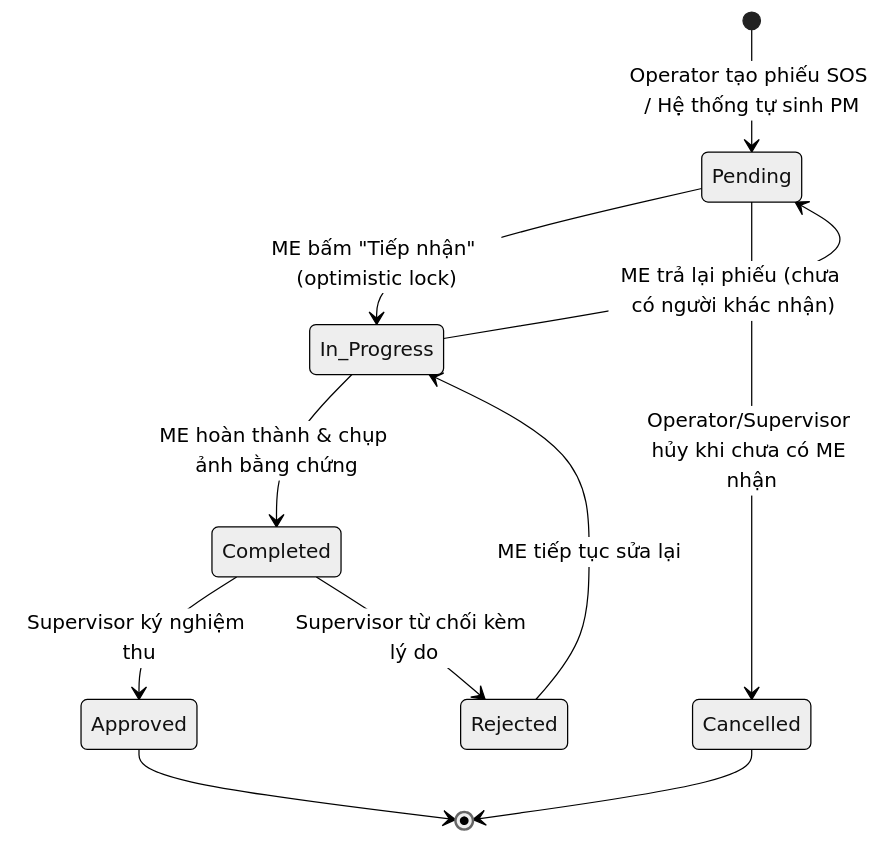
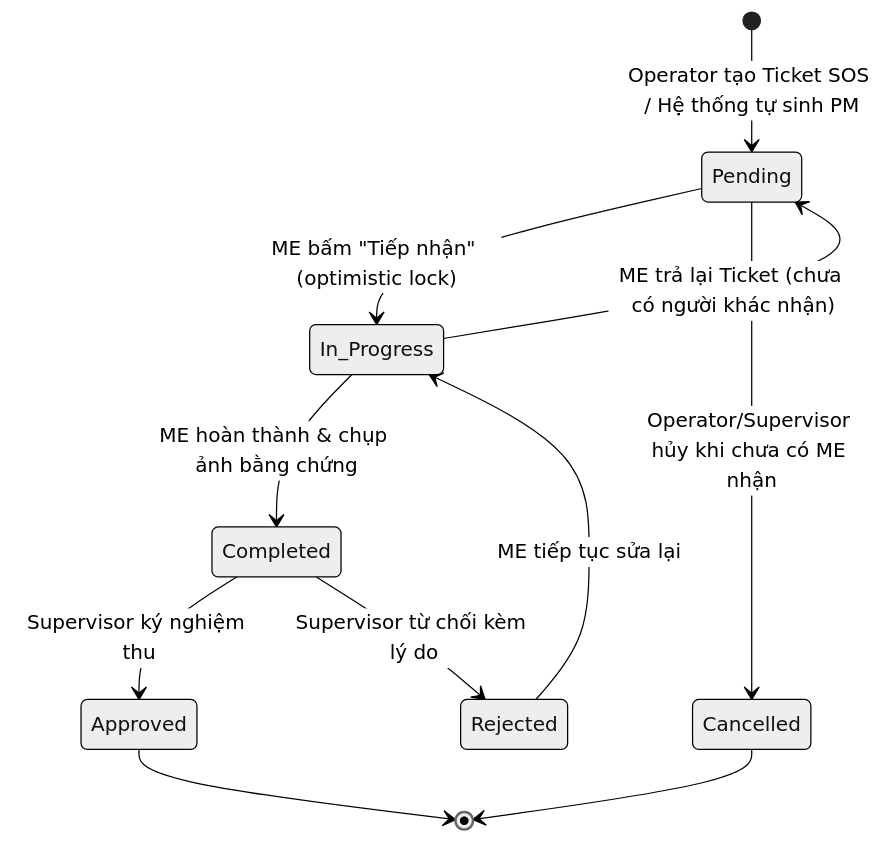
One commit to pvduy23052005/cse441-mobile-asset-track changed the ninth of 12 diagrams in system_design.md. Above: the diagram before and after it, drawn with Mermaid (neutral theme). The commit also changed other lines of this file and 3 other files, not shown here.

Commit message:
docs: update project documentation and database schema design specifications

````diff
--- a/system_design.md
+++ b/system_design.md
@@ -269,13 +267,13 @@
 ```mermaid
 stateDiagram-v2
-    [*] --> Pending : Operator tạo phiếu SOS / Hệ thống tự sinh PM
+    [*] --> Pending : Operator tạo Ticket SOS / Hệ thống tự sinh PM
     Pending --> In_Progress : ME bấm "Tiếp nhận" (optimistic lock)
     Pending --> Cancelled : Operator/Supervisor hủy khi chưa có ME nhận
-    In_Progress --> Pending : ME trả lại phiếu (chưa có người khác nhận)
+    In_Progress --> Pending : ME trả lại Ticket (chưa có người khác nhận)
     In_Progress --> Completed : ME hoàn thành & chụp ảnh bằng chứng
     Completed --> Approved : Supervisor ký nghiệm thu
     Completed --> Rejected : Supervisor từ chối kèm lý do
     Rejected --> In_Progress : ME tiếp tục sửa lại
     Approved --> [*]
     Cancelled --> [*]
 ```
````
